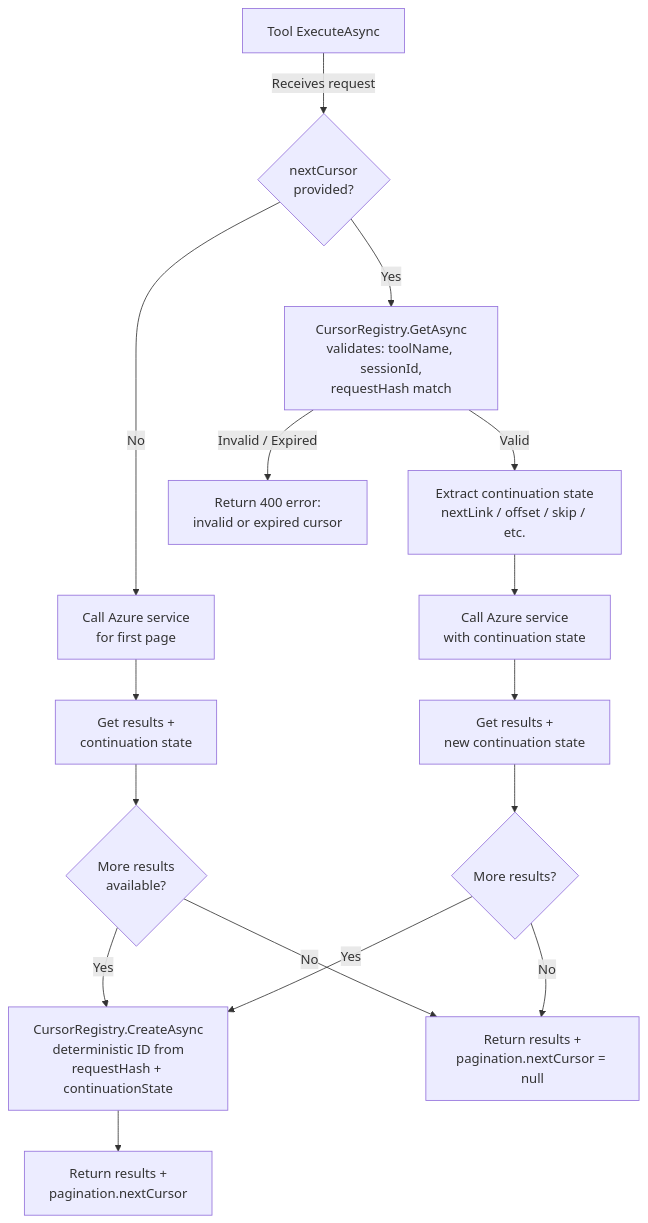
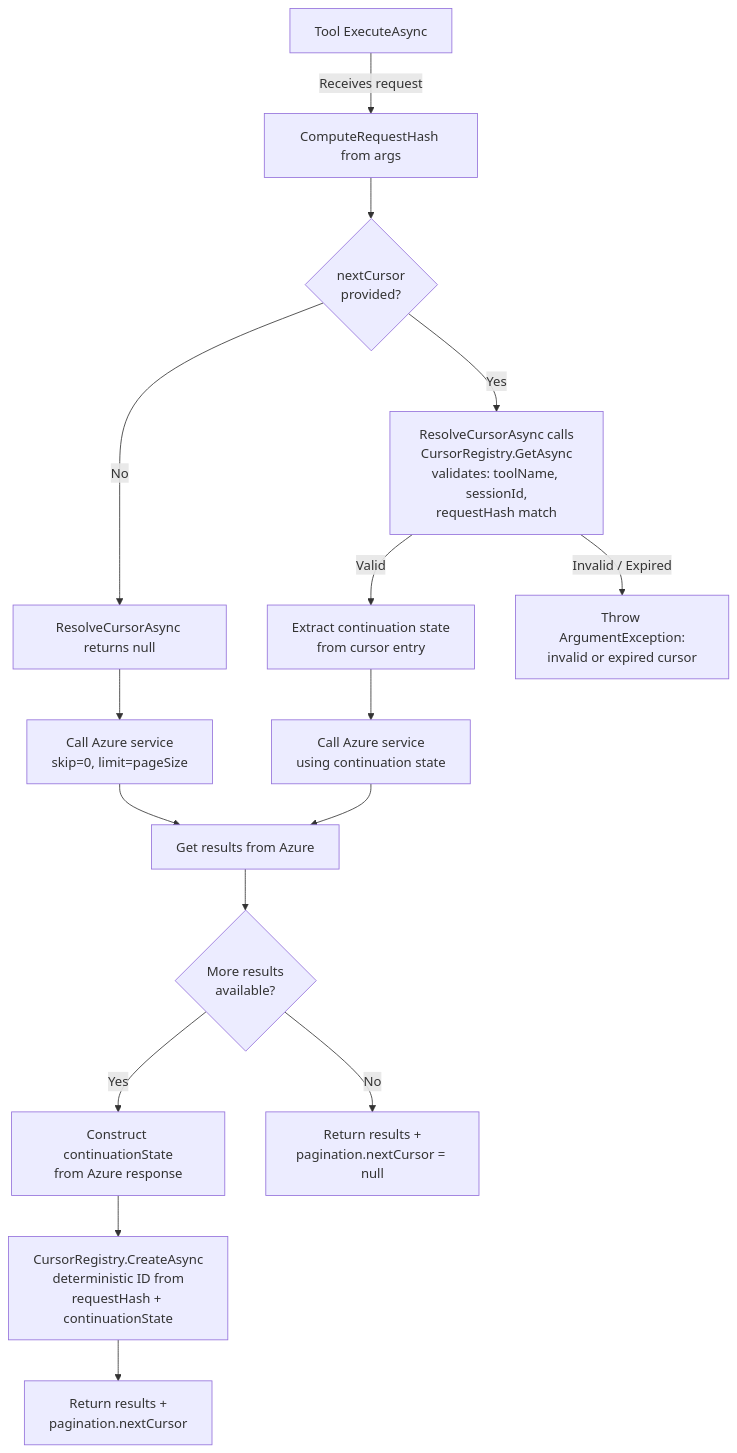
The second of 4 diagrams in docs/design/pagination-design-proposal.md (srnagar/mcp), drawn with Mermaid before and after one commit. The commit also changed other lines of this file and 1 other file, not shown here.

````diff
--- a/docs/design/pagination-design-proposal.md
+++ b/docs/design/pagination-design-proposal.md
@@ -195,20 +195,23 @@
 ```mermaid
 flowchart TD
-    A["Tool ExecuteAsync"] -->|Receives request| B{"nextCursor<br/>provided?"}
-    B -->|No| C["Call Azure service<br/>for first page"]
-    C --> D["Get results +<br/>continuation state"]
-    D --> E{"More results<br/>available?"}
-    E -->|Yes| F["CursorRegistry.CreateAsync<br/>deterministic ID from<br/>requestHash + continuationState"]
-    F --> G["Return results +<br/>pagination.nextCursor"]
-    E -->|No| H["Return results +<br/>pagination.nextCursor = null"]
+    A["Tool ExecuteAsync"] -->|Receives request| B["ComputeRequestHash from args"]
+    B --> C{"nextCursor<br/>provided?"}
+    C -->|No| D["ResolveCursorAsync returns null"]
+    D --> E["Call Azure service<br/>skip=0, limit=pageSize"]
 
-    B -->|Yes| I["CursorRegistry.GetAsync<br/>validates: toolName, sessionId,<br/>requestHash match"]
-    I -->|Valid| J["Extract continuation state<br/>nextLink / offset / skip / etc."]
-    J --> K["Call Azure service<br/>with continuation state"]
-    K --> L["Get results +<br/>new continuation state"]
-    L --> M{"More results?"}
-    M -->|Yes| F
-    M -->|No| H
+    C -->|Yes| F["ResolveCursorAsync calls<br/>CursorRegistry.GetAsync<br/>validates: toolName, sessionId,<br/>requestHash match"]
+    F -->|Valid| G["Extract continuation state<br/>from cursor entry"]
+    G --> H["Call Azure service<br/>using continuation state"]
 
-    I -->|"Invalid / Expired"| P["Return 400 error:<br/>invalid or expired cursor"]
+    F -->|"Invalid / Expired"| P["Throw ArgumentException:<br/>invalid or expired cursor"]
+
+    E --> I["Get results from Azure"]
+    H --> I
+
+    I --> J{"More results<br/>available?"}
+    J -->|Yes| K["Construct continuationState<br/>from Azure response"]
+    K --> L["CursorRegistry.CreateAsync<br/>deterministic ID from<br/>requestHash + continuationState"]
+    L --> M["Return results +<br/>pagination.nextCursor"]
+
+    J -->|No| N["Return results +<br/>pagination.nextCursor = null"]
 ```
````
